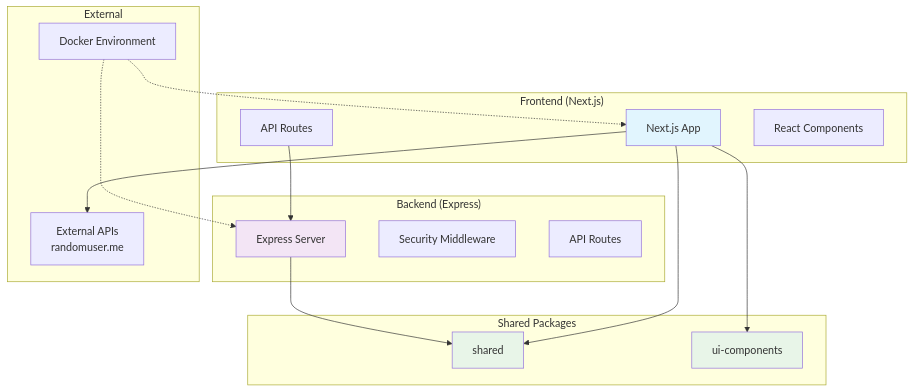
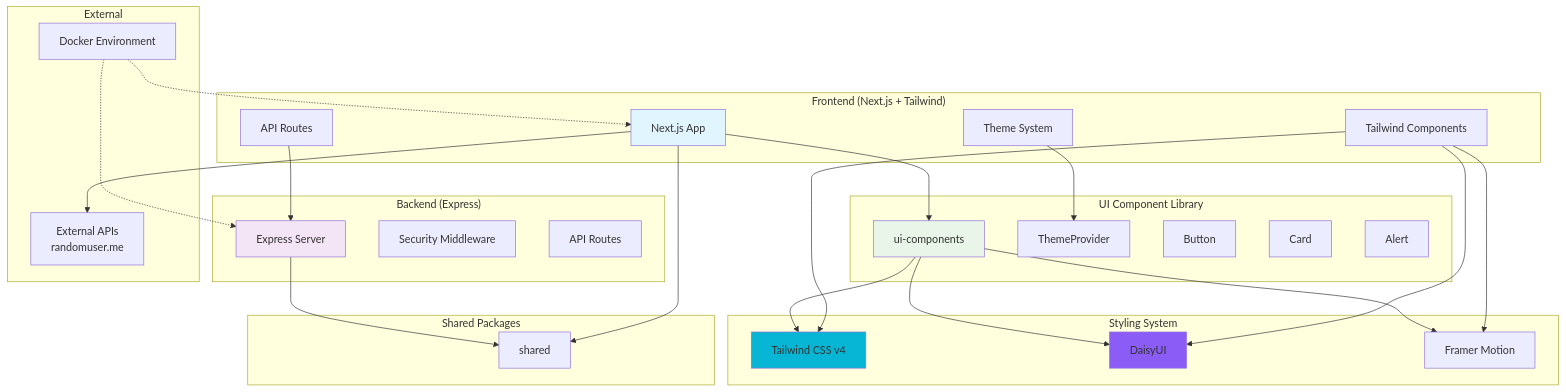
Before and after one commit to rjalexa/nextjs-fs-scaffold: the first of 5 diagrams in README.md, drawn with Mermaid. The commit also changed other lines of this file and 18 other files, not shown here.

Commit message:
transition from MUI to Tailwind/DaisyUI started

````diff
--- a/README.md
+++ b/README.md
@@ -235,38 +414,60 @@
 ```mermaid
 graph TB
-    subgraph "Frontend (Next.js)"
+    subgraph "Frontend (Next.js + Tailwind)"
         FE[Next.js App]
         FE_API[API Routes]
-        FE_COMP[React Components]
+        FE_COMP[Tailwind Components]
+        FE_THEME[Theme System]
     end
     
     subgraph "Backend (Express)"
         BE[Express Server]
         BE_MW[Security Middleware]
         BE_ROUTES[API Routes]
     end
     
+    subgraph "UI Component Library"
+        UI[ui-components]
+        UI_THEME[ThemeProvider]
+        UI_BUTTON[Button]
+        UI_CARD[Card]
+        UI_ALERT[Alert]
+    end
+    
+    subgraph "Styling System"
+        TAILWIND[Tailwind CSS v4]
+        DAISYUI[DaisyUI]
+        FRAMER[Framer Motion]
+    end
+    
     subgraph "Shared Packages"
         SHARED[shared]
-        UI[ui-components]
     end
     
     subgraph "External"
         EXT_API[External APIs<br/>randomuser.me]
         DOCKER[Docker Environment]
     end
     
+    FE --> UI
     FE --> SHARED
-    FE --> UI
+    FE_COMP --> TAILWIND
+    FE_COMP --> DAISYUI
+    FE_COMP --> FRAMER
+    FE_THEME --> UI_THEME
+    UI --> TAILWIND
+    UI --> DAISYUI
+    UI --> FRAMER
     FE_API --> BE
     FE --> EXT_API
     BE --> SHARED
     
     DOCKER -.-> FE
     DOCKER -.-> BE
     
     style FE fill:#e1f5fe
     style BE fill:#f3e5f5
-    style SHARED fill:#e8f5e8
     style UI fill:#e8f5e8
+    style TAILWIND fill:#06b6d4
+    style DAISYUI fill:#8b5cf6
 ```
````
